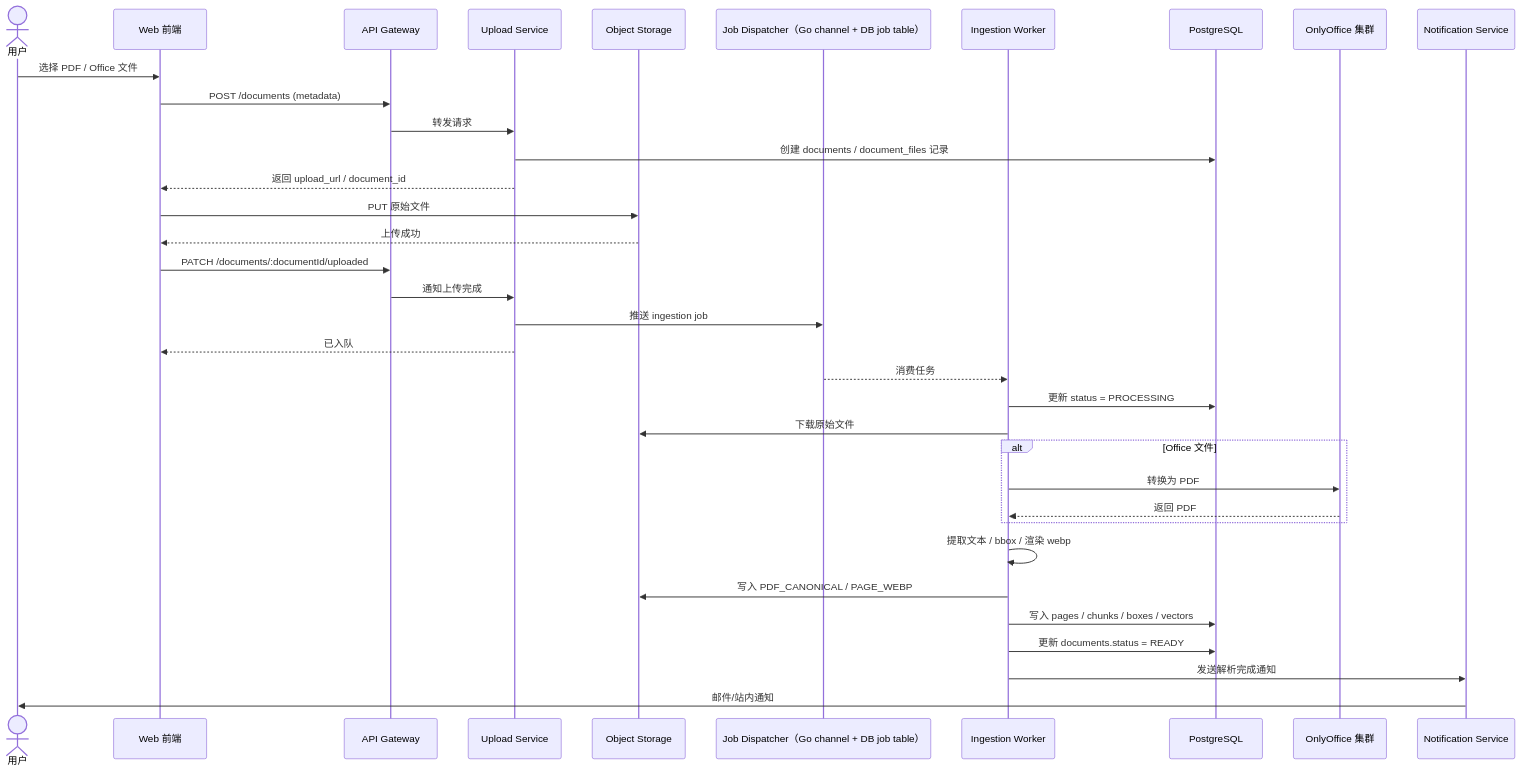
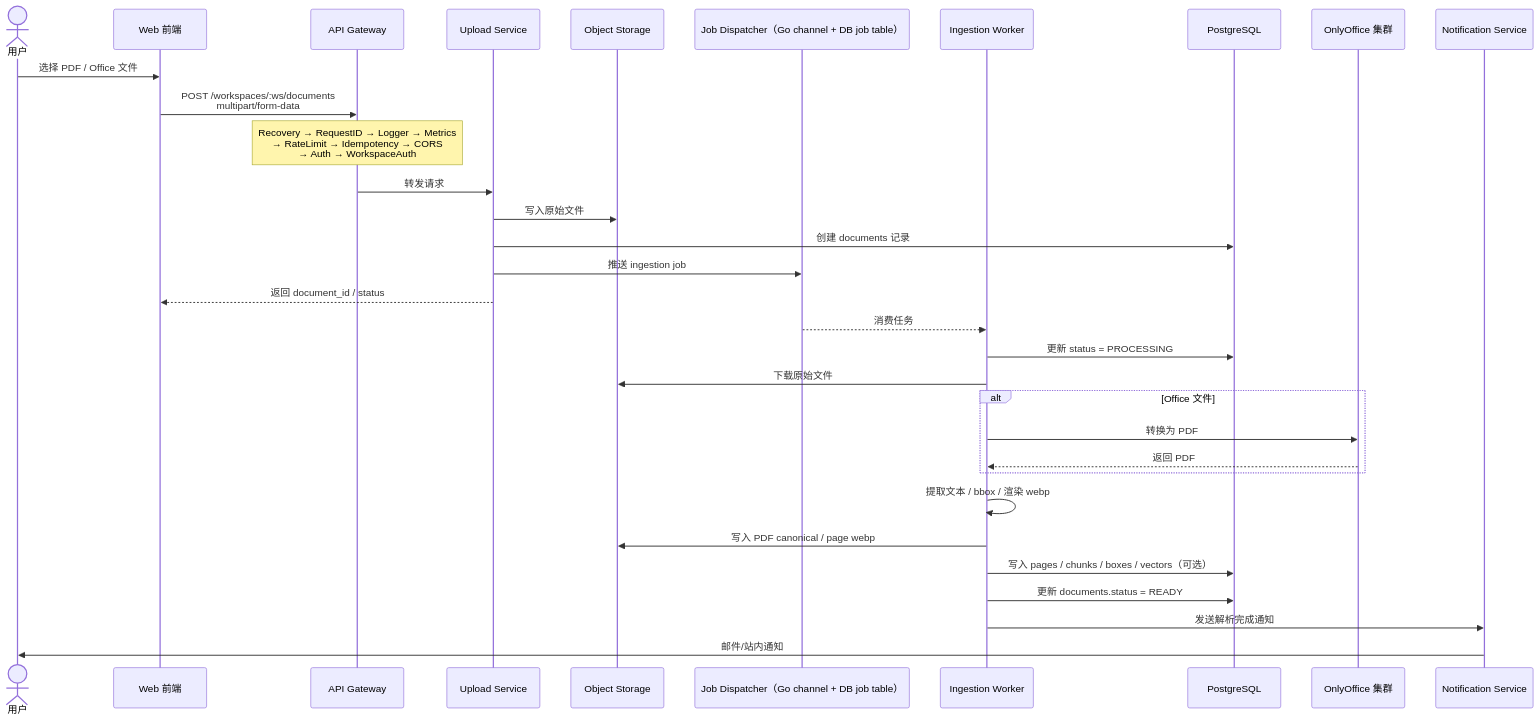
One commit to OpenCore-Hub/DealSignal changed the tenth of 16 diagrams in docs/ARCHITECTURE-v2.1.0.md. Above: the diagram before and after it, drawn with Mermaid. The commit also changed other lines of this file and 8 other files, not shown here.

Commit message:
docs(v2.1.3): sync PROJECT-PROGRESS, ARCHITECTURE, database-model, README; fix backend lint issues

````diff
--- a/docs/ARCHITECTURE-v2.1.0.md
+++ b/docs/ARCHITECTURE-v2.1.0.md
@@ -529,38 +570,35 @@
 ```mermaid
 sequenceDiagram
     actor U as 用户
     participant FE as Web 前端
     participant GW as API Gateway
     participant US as Upload Service
     participant OSS as Object Storage
     participant Q as Job Dispatcher（Go channel + DB job table）
     participant IW as Ingestion Worker
     participant DB as PostgreSQL
     participant Only as OnlyOffice 集群
     participant NS as Notification Service
 
     U ->> FE: 选择 PDF / Office 文件
-    FE ->> GW: POST /documents (metadata)
+    FE ->> GW: POST /workspaces/:ws/documents<br/>multipart/form-data
+    Note over GW: Recovery → RequestID → Logger → Metrics<br/>→ RateLimit → Idempotency → CORS<br/>→ Auth → WorkspaceAuth
     GW ->> US: 转发请求
-    US ->> DB: 创建 documents / document_files 记录
-    US -->> FE: 返回 upload_url / document_id
-    FE ->> OSS: PUT 原始文件
-    OSS -->> FE: 上传成功
-    FE ->> GW: PATCH /documents/:documentId/uploaded
-    GW ->> US: 通知上传完成
+    US ->> OSS: 写入原始文件
+    US ->> DB: 创建 documents 记录
     US ->> Q: 推送 ingestion job
-    US -->> FE: 已入队
+    US -->> FE: 返回 document_id / status
     Q -->> IW: 消费任务
     IW ->> DB: 更新 status = PROCESSING
     IW ->> OSS: 下载原始文件
     alt Office 文件
         IW ->> Only: 转换为 PDF
         Only -->> IW: 返回 PDF
     end
     IW ->> IW: 提取文本 / bbox / 渲染 webp
-    IW ->> OSS: 写入 PDF_CANONICAL / PAGE_WEBP
-    IW ->> DB: 写入 pages / chunks / boxes / vectors
+    IW ->> OSS: 写入 PDF canonical / page webp
+    IW ->> DB: 写入 pages / chunks / boxes / vectors（可选）
     IW ->> DB: 更新 documents.status = READY
     IW ->> NS: 发送解析完成通知
     NS ->> U: 邮件/站内通知
 ```
````
